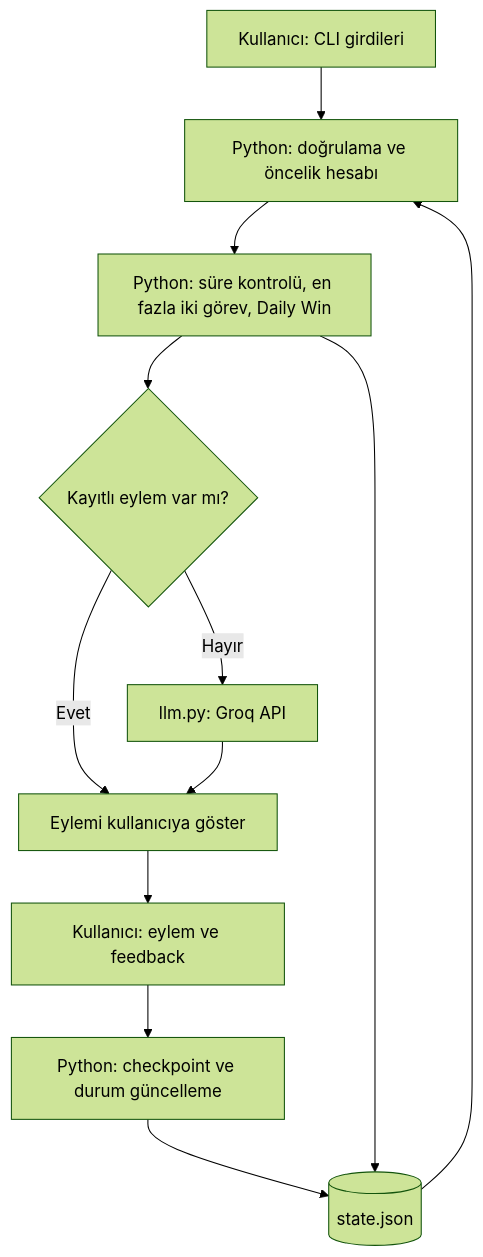
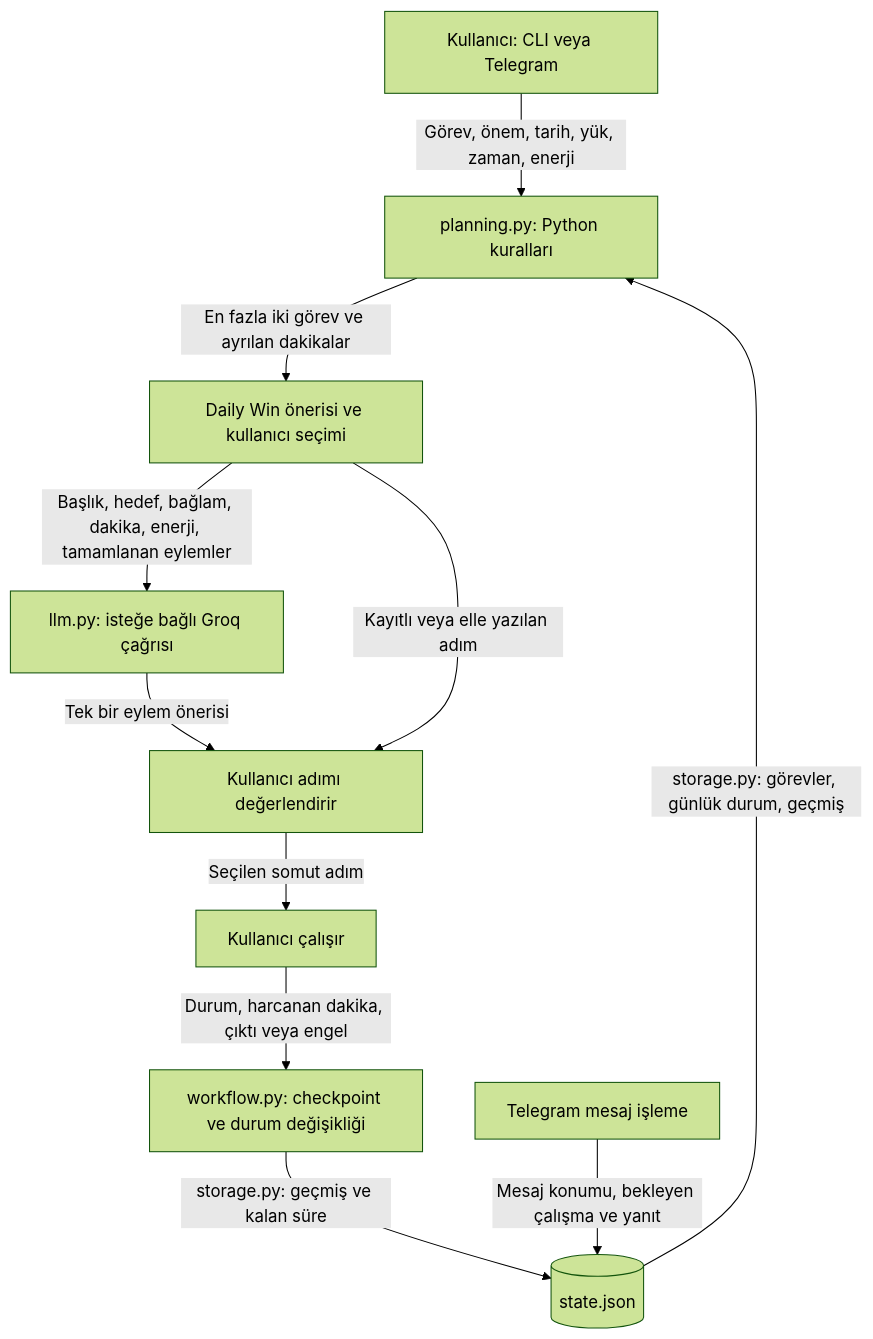
Before and after one commit to gullcan/checkpoint: the diagram in README.md, drawn with Mermaid (forest theme). The commit also changed other lines of this file and 10 other files, not shown here.

````diff
--- a/README.md
+++ b/README.md
@@ -69,14 +68,13 @@
 ```mermaid
 flowchart TD
-    U[Kullanıcı: CLI girdileri] --> P[Python: doğrulama ve öncelik hesabı]
-    S[(state.json)] --> P
-    P --> W[Python: süre kontrolü, en fazla iki görev, Daily Win]
-    W --> K{Kayıtlı eylem var mı?}
-    K -->|Evet| A[Eylemi kullanıcıya göster]
-    K -->|Hayır| L[llm.py: Groq API]
-    L --> A
-    A --> F[Kullanıcı: eylem ve feedback]
-    F --> C[Python: checkpoint ve durum güncelleme]
-    C --> S
-    W --> S
+    U[Kullanıcı: CLI veya Telegram] -->|Görev, önem, tarih, yük, zaman, enerji| P[planning.py: Python kuralları]
+    S[(state.json)] -->|storage.py: görevler, günlük durum, geçmiş| P
+    P -->|En fazla iki görev ve ayrılan dakikalar| W[Daily Win önerisi ve kullanıcı seçimi]
+    W -->|Başlık, hedef, bağlam, dakika, enerji, tamamlanan eylemler| L[llm.py: isteğe bağlı Groq çağrısı]
+    L -->|Tek bir eylem önerisi| A[Kullanıcı adımı değerlendirir]
+    W -->|Kayıtlı veya elle yazılan adım| A
+    A -->|Seçilen somut adım| H[Kullanıcı çalışır]
+    H -->|Durum, harcanan dakika, çıktı veya engel| C[workflow.py: checkpoint ve durum değişikliği]
+    C -->|storage.py: geçmiş ve kalan süre| S
+    T[Telegram mesaj işleme] -->|Mesaj konumu, bekleyen çalışma ve yanıt| S
 ```
````
